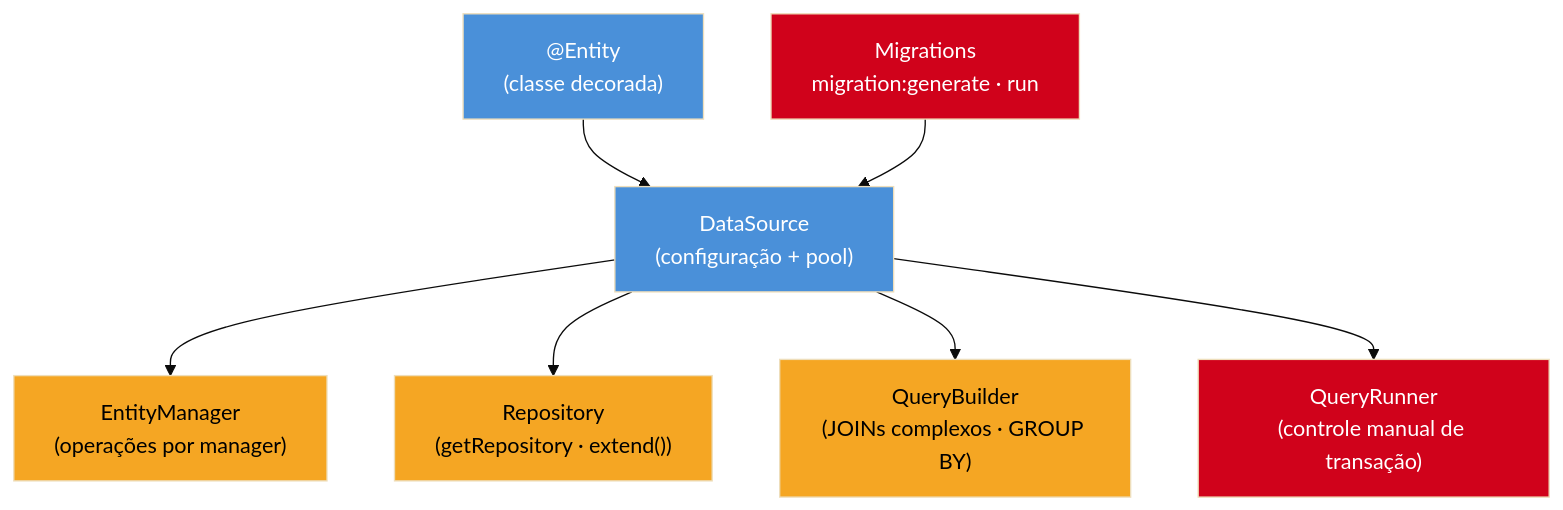
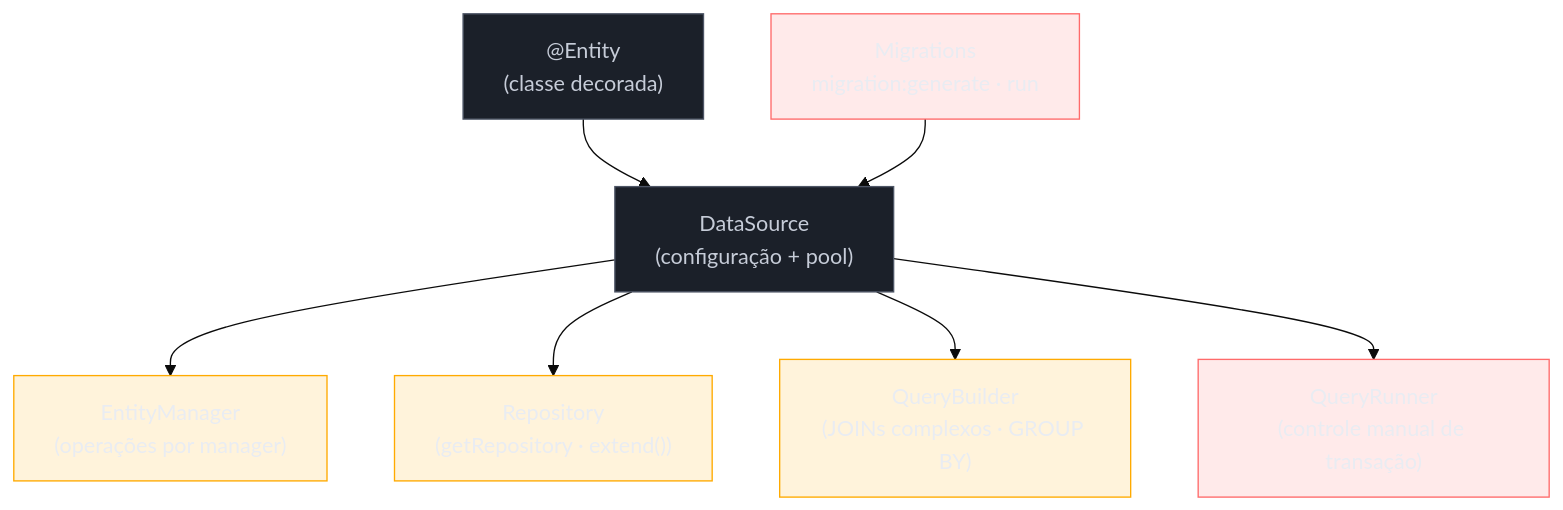
One commit to josenaldo/codex-technomanticus changed the diagram in 03-Dominios/Tecnologia/Node/ORMs e banco de dados/04 - TypeORM - decorators ao estilo JPA.md. Above: the diagram before and after it, drawn with Mermaid (base theme). The commit also changed 1181 other files, not shown here.

First line of the commit message:
fix(diagramas): paleta do sistema no lugar de cor cravada no markdown

````diff
--- a/03-Dominios/Tecnologia/Node/ORMs e banco de dados/04 - TypeORM - decorators ao estilo JPA.md
+++ b/03-Dominios/Tecnologia/Node/ORMs e banco de dados/04 - TypeORM - decorators ao estilo JPA.md
@@ -26,25 +26,28 @@
 ```mermaid
 flowchart TD
+    classDef neutro fill:#1B2029,stroke:#4E5666,color:#C6CCD8
+    classDef destaque fill:#FFAA0024,stroke:#FFAA00,color:#E9ECF2
+    classDef falha fill:#FF6B6B24,stroke:#FF6B6B,color:#E9ECF2
     DS["DataSource\n(configuração + pool)"]
     EM["EntityManager\n(operações por manager)"]
     REPO["Repository<T>\n(getRepository · extend())"]
     QB["QueryBuilder\n(JOINs complexos · GROUP BY)"]
     QR["QueryRunner\n(controle manual de transação)"]
     ENT["@Entity\n(classe decorada)"]
     MIG["Migrations\nmigration:generate · run"]
 
     DS --> EM
     DS --> REPO
     DS --> QB
     DS --> QR
     ENT --> DS
     MIG --> DS
 
-    style DS fill:#4A90D9,color:#fff
-    style ENT fill:#4A90D9,color:#fff
-    style REPO fill:#F5A623,color:#000
-    style QB fill:#F5A623,color:#000
-    style QR fill:#D0021B,color:#fff
-    style MIG fill:#D0021B,color:#fff
-    style EM fill:#F5A623,color:#000
+    class DS neutro
+    class ENT neutro
+    class REPO destaque
+    class QB destaque
+    class QR falha
+    class MIG falha
+    class EM destaque
 ```
````
